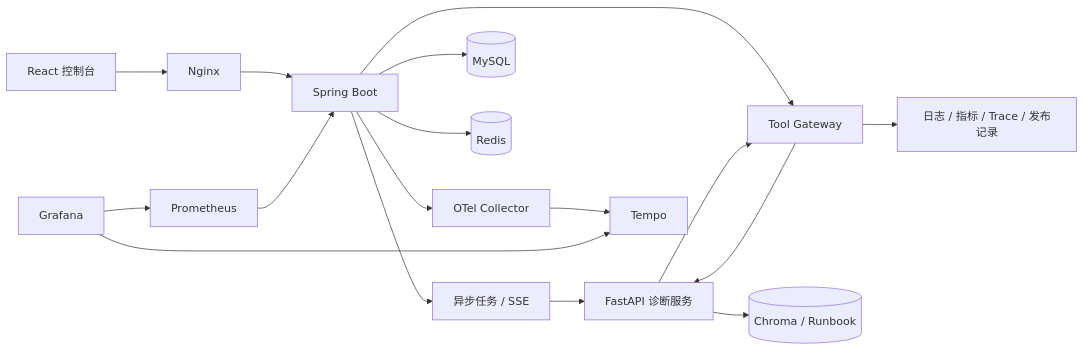
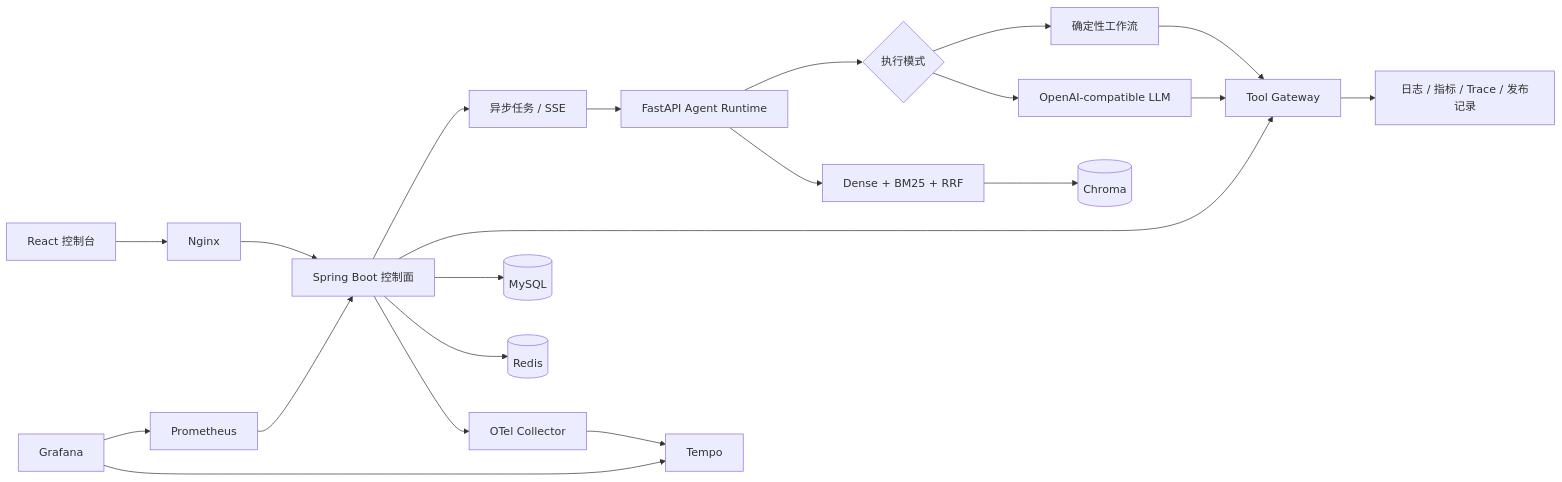
The diagram in README.md (Hidingbrass/opsmind-ai), drawn with Mermaid before and after one commit. The commit also changed other lines of this file and 60 other files, not shown here.

````diff
--- a/README.md
+++ b/README.md
@@ -82,19 +97,23 @@
 ```mermaid
 flowchart LR
     UI["React 控制台"] --> NGINX["Nginx"]
-    NGINX --> API["Spring Boot"]
+    NGINX --> API["Spring Boot 控制面"]
     API --> TASK["异步任务 / SSE"]
     API --> GATEWAY["Tool Gateway"]
     API --> MYSQL[("MySQL")]
     API --> REDIS[("Redis")]
-    TASK --> AI["FastAPI 诊断服务"]
-    AI --> GATEWAY
+    TASK --> AI["FastAPI Agent Runtime"]
+    AI --> MODE{"执行模式"}
+    MODE --> DET["确定性工作流"]
+    MODE --> LLM["OpenAI-compatible LLM"]
+    DET --> GATEWAY
+    LLM --> GATEWAY
     GATEWAY --> OBS["日志 / 指标 / Trace / 发布记录"]
-    GATEWAY --> AI
-    AI --> CHROMA[("Chroma / Runbook")]
+    AI --> RAG["Dense + BM25 + RRF"]
+    RAG --> CHROMA[("Chroma")]
     API --> OTEL["OTel Collector"]
     OTEL --> TEMPO["Tempo"]
     PROM["Prometheus"] --> API
     GRAFANA["Grafana"] --> PROM
     GRAFANA --> TEMPO
 ```
````
